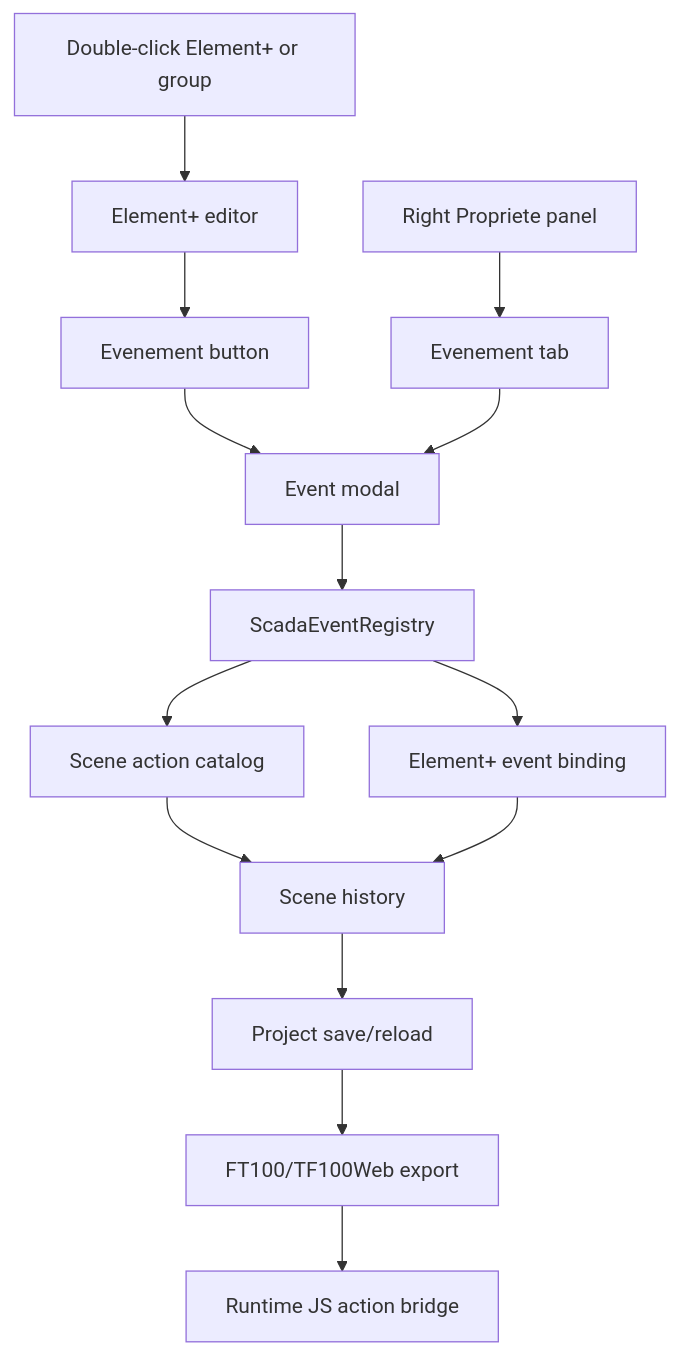
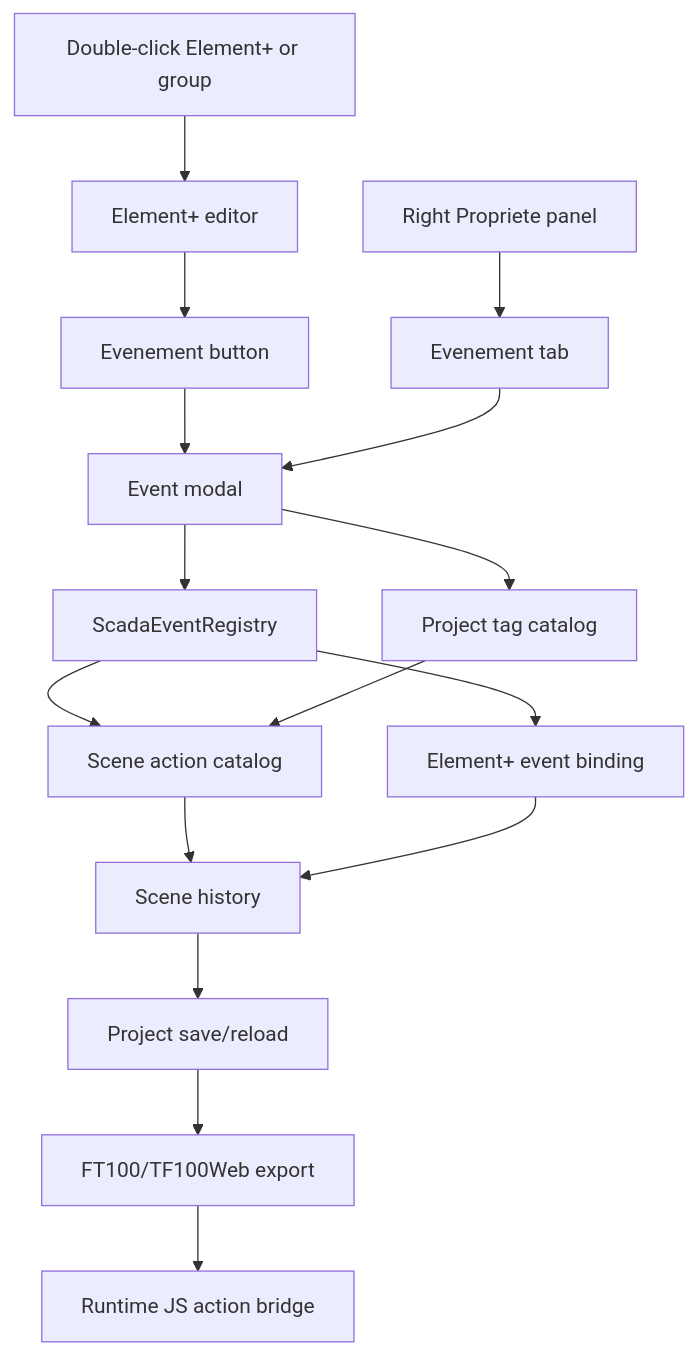
Before and after one commit to technologiesflorizon/scadabuilder: the first of 2 diagrams in docs/04_editor/ACTIONS_EVENTS_CONTRACT_V2.md, drawn with Mermaid. The commit also changed other lines of this file and 29 other files, not shown here.

````diff
--- a/docs/04_editor/ACTIONS_EVENTS_CONTRACT_V2.md
+++ b/docs/04_editor/ACTIONS_EVENTS_CONTRACT_V2.md
@@ -54,16 +57,18 @@
 ```mermaid
 flowchart TD
   DoubleClick[Double-click Element+ or group] --> Editor[Element+ editor]
   Editor --> EventButton[Evenement button]
   PropertyPanel[Right Propriete panel] --> EventTab[Evenement tab]
   EventButton --> Modal[Event modal]
   EventTab --> Modal
   Modal --> Registry[ScadaEventRegistry]
+  Modal --> Tags[Project tag catalog]
   Registry --> Scene[Scene action catalog]
   Registry --> Binding[Element+ event binding]
+  Tags --> Scene
   Scene --> History[Scene history]
   Binding --> History
   History --> Save[Project save/reload]
   Save --> Export[FT100/TF100Web export]
   Export --> Runtime[Runtime JS action bridge]
 ```
````
